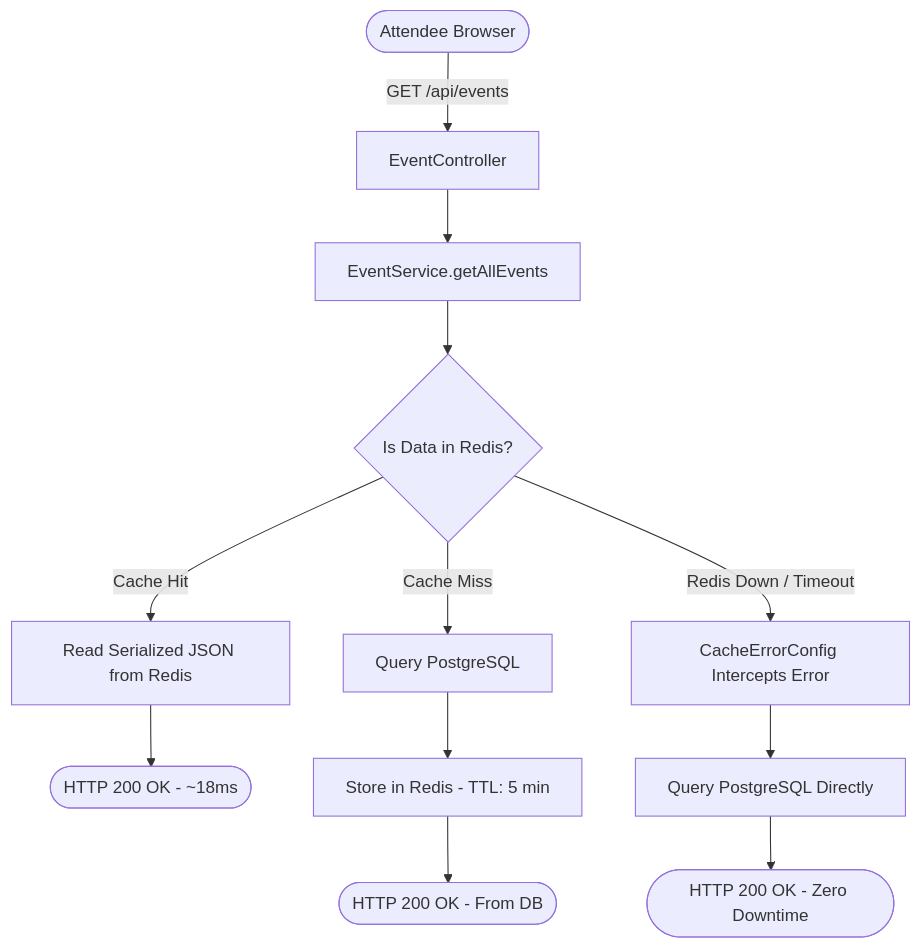
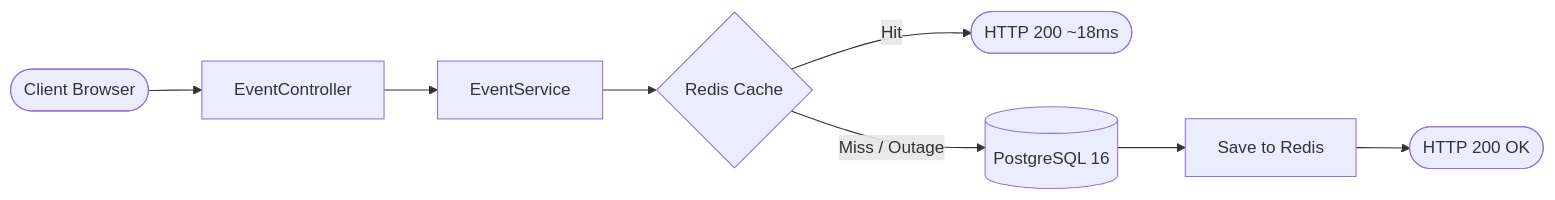
One commit to asyncsourav/quicktix changed the first of 3 diagrams in architecture/master-workflow.md. Above: the diagram before and after it, drawn with Mermaid. The commit also changed other lines of this file, not shown here.

First line of the commit message:
docs(architecture): Separate master pipeline from subsystem deep dives in master-workflow.md

````diff
--- a/architecture/master-workflow.md
+++ b/architecture/master-workflow.md
@@ -59,18 +65,10 @@
 ```mermaid
-flowchart TD
-    Client([Attendee Browser]) -->|GET /api/events| Controller[EventController]
-    Controller --> Service[EventService.getAllEvents]
-    
-    Service --> CacheCheck{Is Data in Redis?}
-    
-    CacheCheck -->|Cache Hit| RedisServe[Read Serialized JSON from Redis]
-    RedisServe --> FastResponse([HTTP 200 OK - ~18ms])
-    
-    CacheCheck -->|Cache Miss| DBQuery[Query PostgreSQL]
-    DBQuery --> RedisSave[Store in Redis - TTL: 5 min]
-    RedisSave --> DBResponse([HTTP 200 OK - From DB])
-    
-    CacheCheck -->|Redis Down / Timeout| Fallback[CacheErrorConfig Intercepts Error]
-    Fallback --> DirectDB[Query PostgreSQL Directly]
-    DirectDB --> FallbackResponse([HTTP 200 OK - Zero Downtime])
+flowchart LR
+    Client([Client Browser]) --> Web[EventController]
+    Web --> Svc[EventService]
+    Svc --> Cache{Redis Cache}
+    Cache -->|Hit| FastRet([HTTP 200 ~18ms])
+    Cache -->|Miss / Outage| DB[(PostgreSQL 16)]
+    DB --> CacheSave[Save to Redis]
+    CacheSave --> Ret([HTTP 200 OK])
 ```
````
